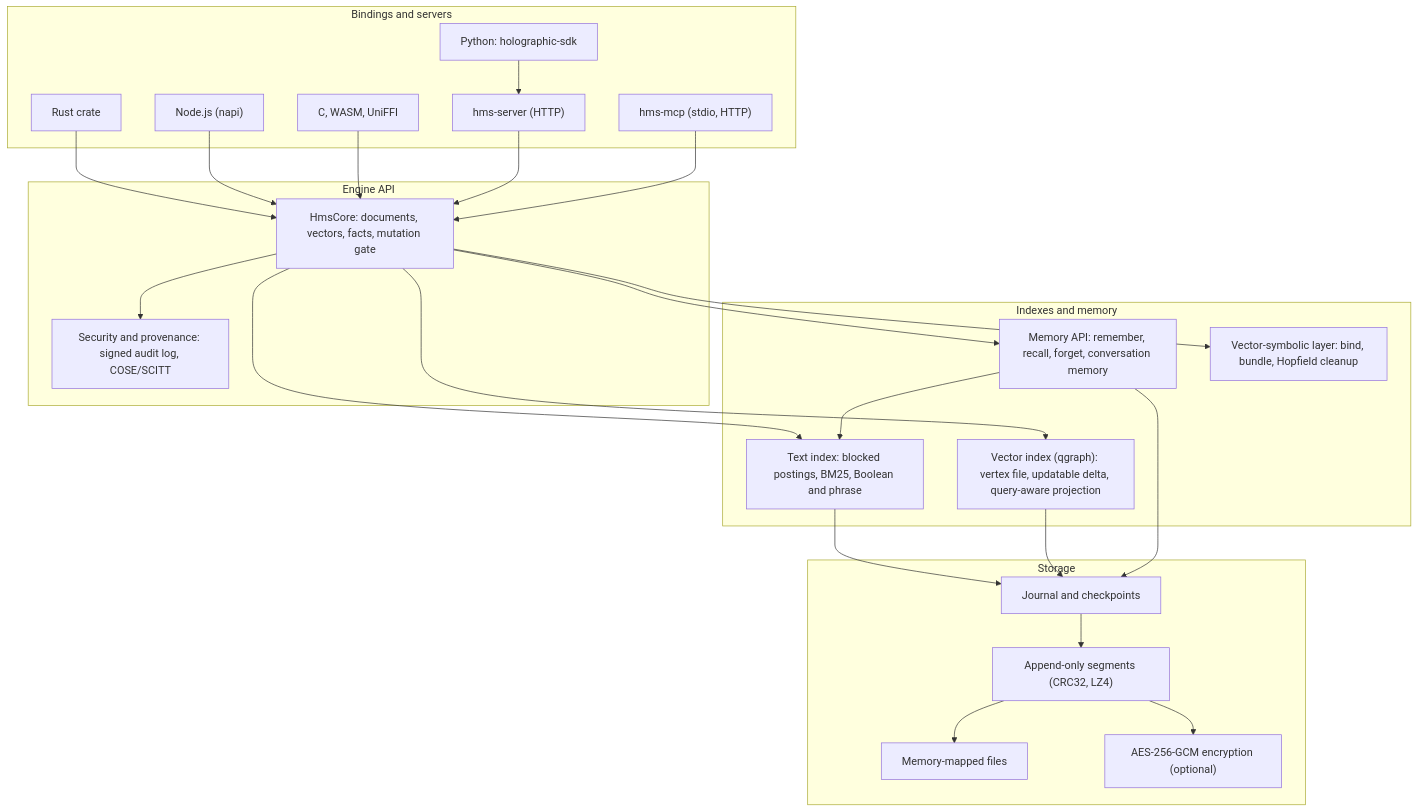
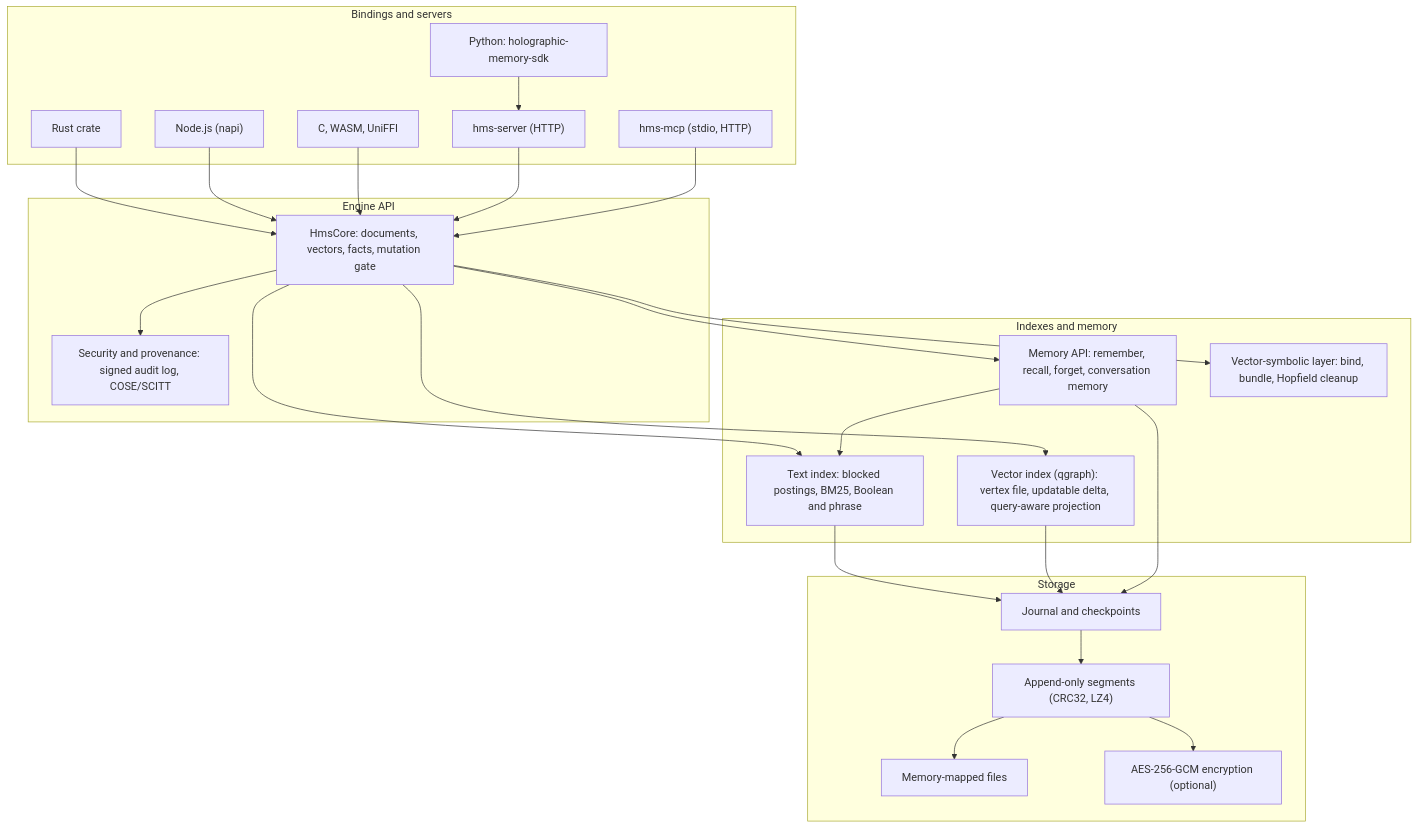
The diagram in README.md (writerslogic/holographic-memory), drawn with Mermaid before and after one commit. The commit also changed other lines of this file and 50 other files, not shown here.

````diff
--- a/README.md
+++ b/README.md
@@ -308,45 +308,45 @@
 ```mermaid
 flowchart TB
   subgraph bindings["Bindings and servers"]
     rust["Rust crate"]
     node["Node.js (napi)"]
     ffi["C, WASM, UniFFI"]
-    python["Python: holographic-sdk"]
+    python["Python: holographic-memory-sdk"]
     server["hms-server (HTTP)"]
     mcp["hms-mcp (stdio, HTTP)"]
   end
   subgraph engine["Engine API"]
     core["HmsCore: documents, vectors, facts, mutation gate"]
     prov["Security and provenance: signed audit log, COSE/SCITT"]
   end
   subgraph indexes["Indexes and memory"]
     text["Text index: blocked postings, BM25, Boolean and phrase"]
     vector["Vector index (qgraph): vertex file, updatable delta, query-aware projection"]
     memory["Memory API: remember, recall, forget, conversation memory"]
     vsa["Vector-symbolic layer: bind, bundle, Hopfield cleanup"]
   end
   subgraph storage["Storage"]
     journal["Journal and checkpoints"]
     segments["Append-only segments (CRC32, LZ4)"]
     mapped["Memory-mapped files"]
     crypto["AES-256-GCM encryption (optional)"]
   end
   python --> server
   rust --> core
   node --> core
   ffi --> core
   server --> core
   mcp --> core
   core --> text
   core --> vector
   core --> memory
   core --> vsa
   core --> prov
   memory --> text
   text --> journal
   vector --> journal
   memory --> journal
   journal --> segments
   segments --> mapped
   segments --> crypto
 ```
````
